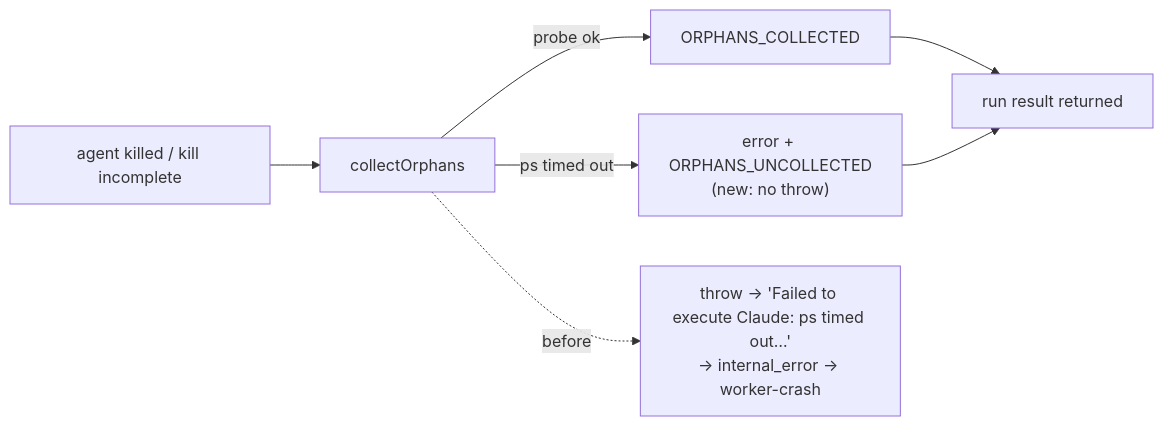
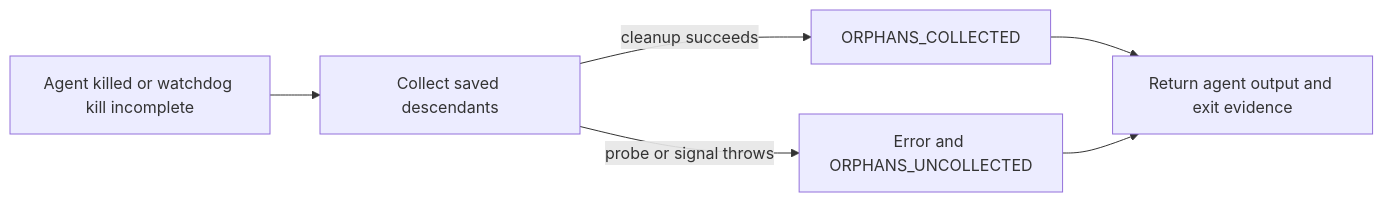
Before and after one commit to stSoftwareAU/VibeCoder: the diagram in docs/archive/pr-summaries/pr-summary-5099.md, drawn with Mermaid. The commit also changed other lines of this file, not shown here.

First line of the commit message:
WIP checkpoint: periodic agent progress snapshot

````diff
--- a/docs/archive/pr-summaries/pr-summary-5099.md
+++ b/docs/archive/pr-summaries/pr-summary-5099.md
@@ -59,9 +47,8 @@
 ```mermaid
 flowchart LR
-    K[agent killed / kill incomplete] --> C[collectOrphans]
-    C -->|probe ok| S[ORPHANS_COLLECTED]
-    C -->|ps timed out| U["error + ORPHANS_UNCOLLECTED<br/>(new: no throw)"]
-    S --> R[run result returned]
-    U --> R
-    C -. before .-> X["throw → 'Failed to execute Claude: ps timed out…'<br/>→ internal_error → worker-crash"]
+    A[Agent killed or watchdog kill incomplete] --> B[Collect saved descendants]
+    B -->|cleanup succeeds| C[ORPHANS_COLLECTED]
+    B -->|probe or signal throws| D[Error and ORPHANS_UNCOLLECTED]
+    C --> E[Return agent output and exit evidence]
+    D --> E
 ```
````
